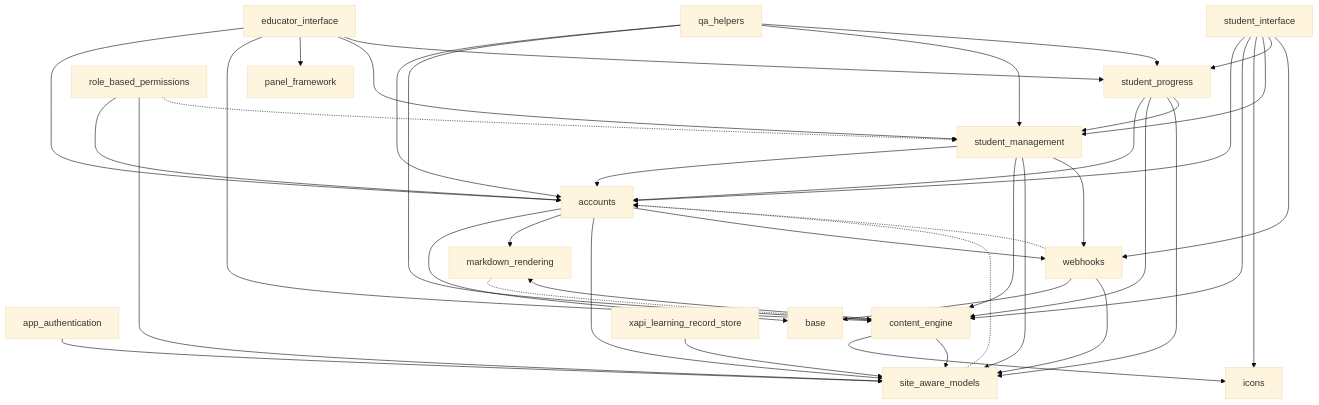
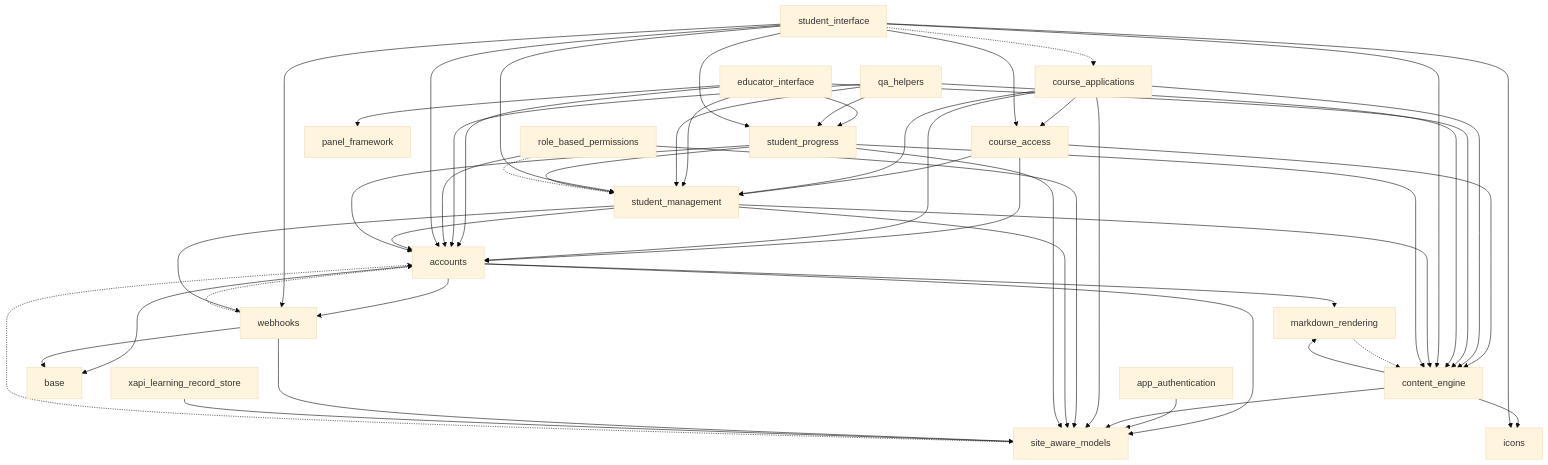
One commit to preludetech/Freedom-LS changed the diagram in docs/app_structure.md. Above: the diagram before and after it, drawn with Mermaid (base theme). The commit also changed other lines of this file and 6 other files, not shown here.

````diff
--- a/docs/app_structure.md
+++ b/docs/app_structure.md
@@ -13,59 +13,71 @@
 ```mermaid
 flowchart TB
     accounts
     app_authentication
     base
     content_engine
+    course_access
+    course_applications
     educator_interface
     icons
     markdown_rendering
     panel_framework
     qa_helpers
     role_based_permissions
     site_aware_models
     student_interface
     student_management
     student_progress
     webhooks
     xapi_learning_record_store
     accounts --> base
     accounts --> markdown_rendering
     accounts --> site_aware_models
     accounts --> webhooks
     app_authentication --> site_aware_models
     content_engine --> icons
     content_engine --> markdown_rendering
     content_engine --> site_aware_models
+    course_access --> accounts
+    course_access --> content_engine
+    course_access --> student_management
+    course_applications --> accounts
+    course_applications --> content_engine
+    course_applications --> course_access
+    course_applications --> site_aware_models
+    course_applications --> student_management
     educator_interface --> accounts
     educator_interface --> content_engine
     educator_interface --> panel_framework
     educator_interface --> student_management
     educator_interface --> student_progress
     qa_helpers --> accounts
     qa_helpers --> content_engine
     qa_helpers --> student_management
     qa_helpers --> student_progress
     role_based_permissions --> accounts
     role_based_permissions --> site_aware_models
     student_interface --> accounts
     student_interface --> content_engine
+    student_interface --> course_access
     student_interface --> icons
     student_interface --> student_management
     student_interface --> student_progress
     student_interface --> webhooks
     student_management --> accounts
     student_management --> content_engine
     student_management --> site_aware_models
     student_management --> webhooks
     student_progress --> accounts
     student_progress --> content_engine
     student_progress --> site_aware_models
     student_progress --> student_management
     webhooks --> base
     webhooks --> site_aware_models
     xapi_learning_record_store --> site_aware_models
     markdown_rendering -.-> content_engine
     role_based_permissions -.-> student_management
     site_aware_models -.-> accounts
+    student_interface -.-> course_applications
     webhooks -.-> accounts
 ```
````
